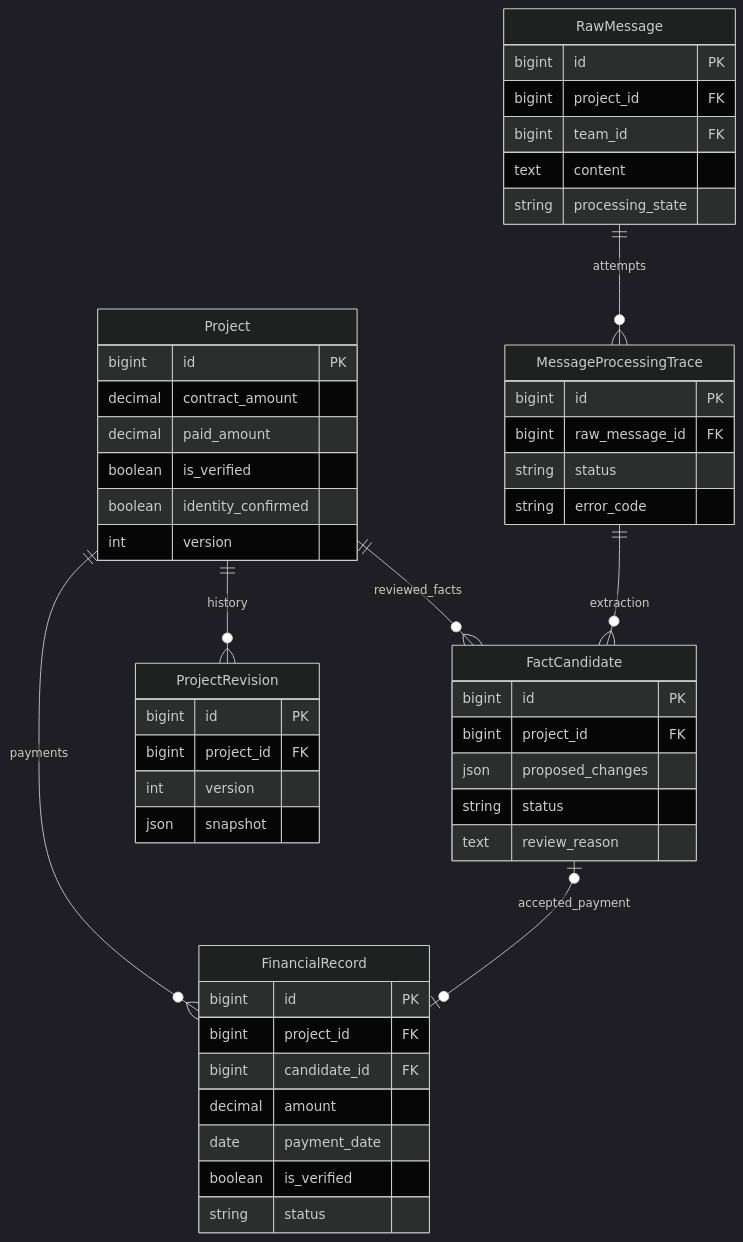
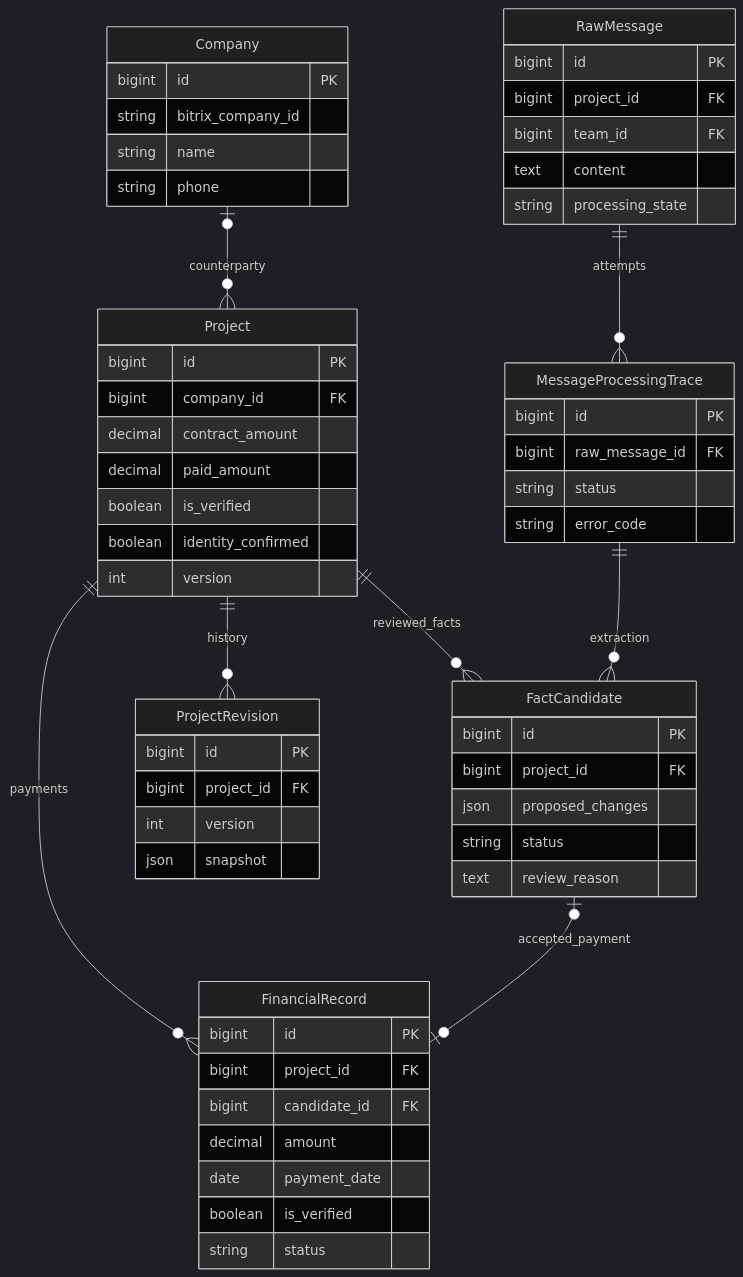
Before and after one commit to envOnion/kz-mazory: the diagram in specs/task_2026-10-05_14-25-09_MSK.md, drawn with Mermaid (dark theme). The commit also changed other lines of this file, not shown here.

````diff
--- a/specs/task_2026-10-05_14-25-09_MSK.md
+++ b/specs/task_2026-10-05_14-25-09_MSK.md
@@ -6,52 +6,60 @@
 ```mermaid
 erDiagram
+    Company o|--o{ Project : counterparty
     Project ||--o{ FinancialRecord : payments
     Project ||--o{ FactCandidate : reviewed_facts
     FactCandidate o|--o| FinancialRecord : accepted_payment
     Project ||--o{ ProjectRevision : history
     MessageProcessingTrace ||--o{ FactCandidate : extraction
     RawMessage ||--o{ MessageProcessingTrace : attempts
     Project {
         bigint id PK
+        bigint company_id FK
         decimal contract_amount
         decimal paid_amount
         boolean is_verified
         boolean identity_confirmed
         int version
+    }
+    Company {
+        bigint id PK
+        string bitrix_company_id
+        string name
+        string phone
     }
     FinancialRecord {
         bigint id PK
         bigint project_id FK
         bigint candidate_id FK
         decimal amount
         date payment_date
         boolean is_verified
         string status
     }
     FactCandidate {
         bigint id PK
         bigint project_id FK
         json proposed_changes
         string status
         text review_reason
     }
     ProjectRevision {
         bigint id PK
         bigint project_id FK
         int version
         json snapshot
     }
     RawMessage {
         bigint id PK
         bigint project_id FK
         bigint team_id FK
         text content
         string processing_state
     }
     MessageProcessingTrace {
         bigint id PK
         bigint raw_message_id FK
         string status
         string error_code
     }
 ```
````
